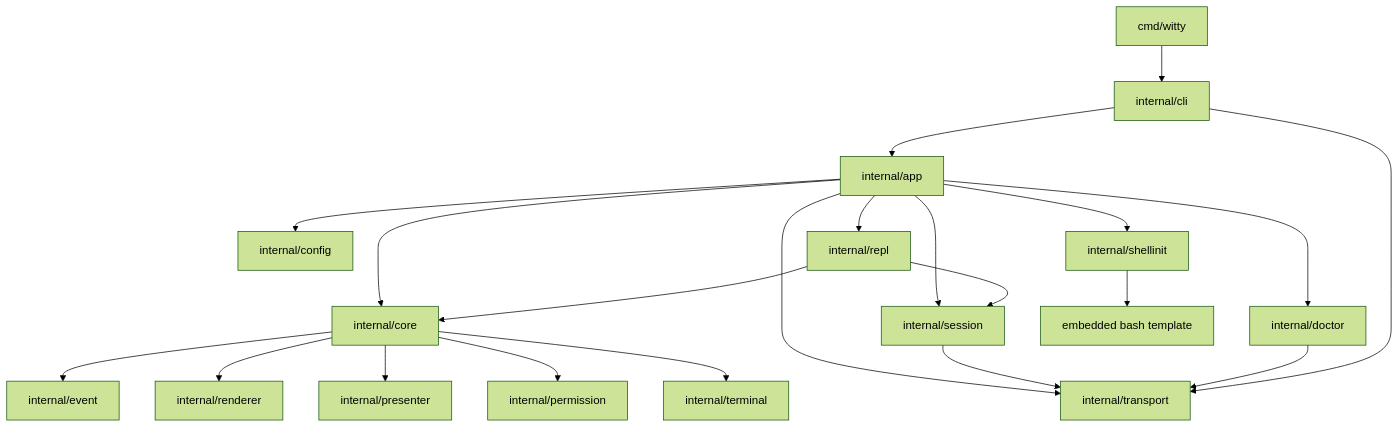
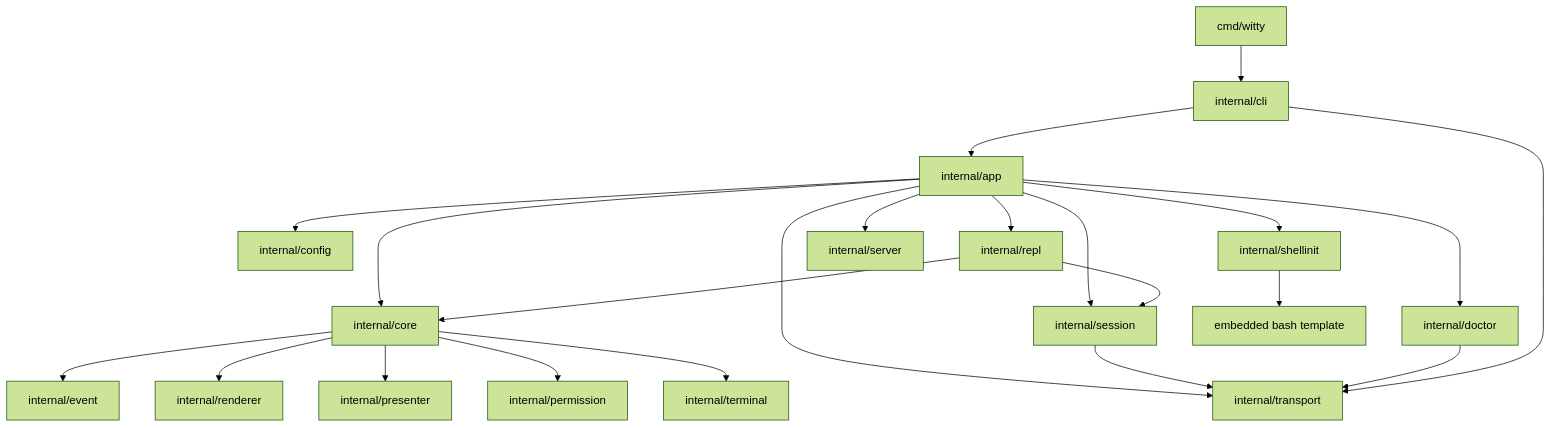
One commit to openeuler-mirror/euler-copilot-shell changed the first of 5 diagrams in docs/development/implementation-plan.md. Above: the diagram before and after it, drawn with Mermaid (forest theme). The commit also changed other lines of this file and 4 other files, not shown here.

````diff
--- a/docs/development/implementation-plan.md
+++ b/docs/development/implementation-plan.md
@@ -208,23 +216,24 @@
 ```mermaid
 graph TD
     A[cmd/witty] --> B[internal/cli]
     B --> C[internal/app]
     C --> D[internal/config]
     C --> E[internal/core]
     C --> F[internal/session]
     C --> G[internal/transport]
     C --> H[internal/repl]
     C --> I[internal/shellinit]
     C --> J[internal/doctor]
+    C --> Q[internal/server]
     E --> K[internal/event]
     E --> L[internal/renderer]
     E --> M[internal/presenter]
     E --> N[internal/permission]
     E --> O[internal/terminal]
     F --> G
     H --> E
     H --> F
     J --> G
     I --> P[embedded bash template]
     B --> G
 ```
````
